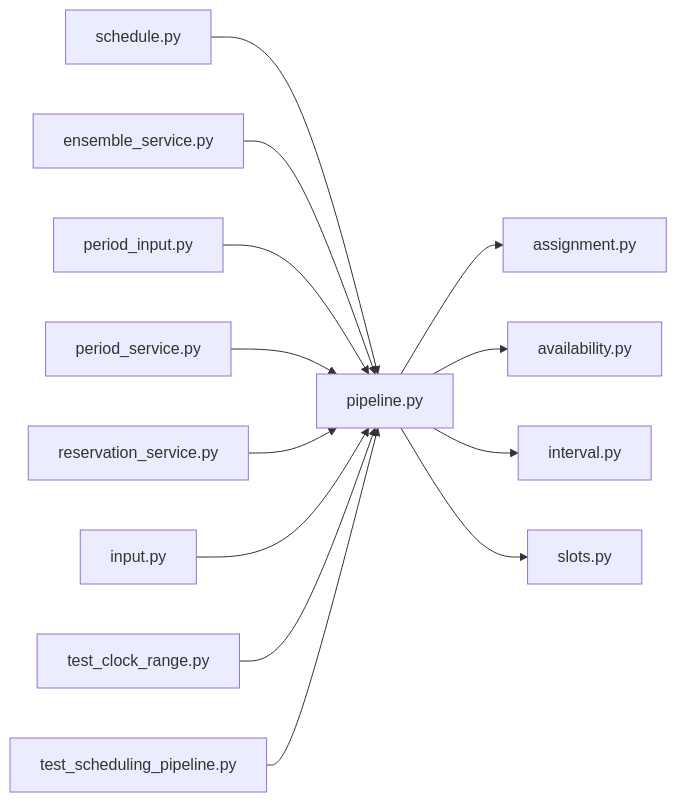
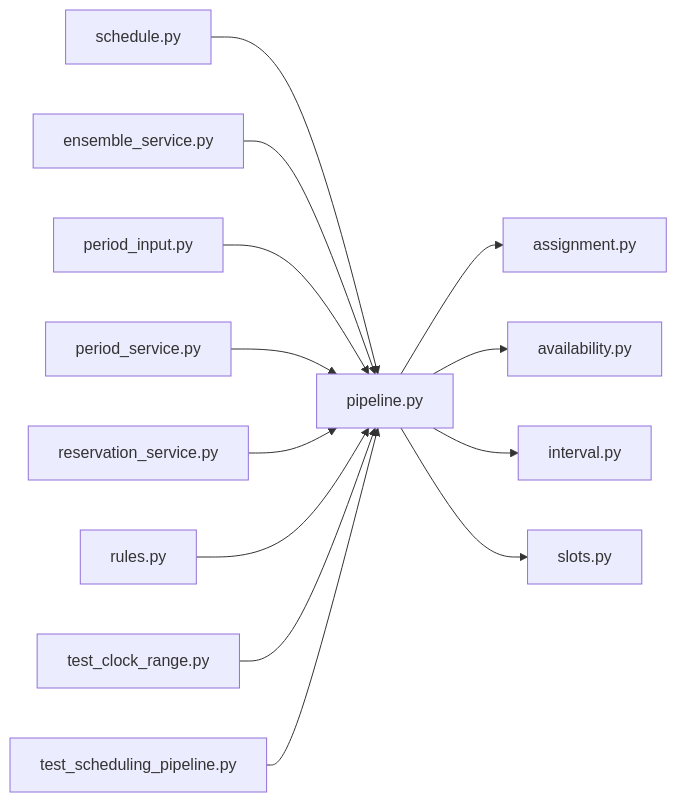
Before and after one commit to minkong-dev/Banblit: the diagram in .cluedoc/graph/backend/src/backend/scheduling/pipeline.md, drawn with Mermaid. The commit also changed other lines of this file and 75 other files, not shown here.

````diff
--- a/.cluedoc/graph/backend/src/backend/scheduling/pipeline.md
+++ b/.cluedoc/graph/backend/src/backend/scheduling/pipeline.md
@@ -10,16 +10,16 @@
 ```mermaid
 flowchart LR
   backend_src_backend_scheduling_pipeline["pipeline.py"]
   backend_src_backend_scheduling_pipeline --> backend_src_backend_scheduling_assignment["assignment.py"]
   backend_src_backend_scheduling_pipeline --> backend_src_backend_scheduling_availability["availability.py"]
   backend_src_backend_scheduling_pipeline --> backend_src_backend_scheduling_interval["interval.py"]
   backend_src_backend_scheduling_pipeline --> backend_src_backend_scheduling_slots["slots.py"]
   backend_src_backend_api_routers_schedule["schedule.py"] --> backend_src_backend_scheduling_pipeline
   backend_src_backend_services_period_ensemble_service["ensemble_service.py"] --> backend_src_backend_scheduling_pipeline
   backend_src_backend_services_period_period_input["period_input.py"] --> backend_src_backend_scheduling_pipeline
   backend_src_backend_services_period_period_service["period_service.py"] --> backend_src_backend_scheduling_pipeline
   backend_src_backend_services_reservation_reservation_service["reservation_service.py"] --> backend_src_backend_scheduling_pipeline
-  backend_src_backend_services_validation_input["input.py"] --> backend_src_backend_scheduling_pipeline
+  backend_src_backend_services_validation_rules["rules.py"] --> backend_src_backend_scheduling_pipeline
   backend_tests_unit_test_clock_range["test_clock_range.py"] --> backend_src_backend_scheduling_pipeline
   backend_tests_unit_test_scheduling_pipeline["test_scheduling_pipeline.py"] --> backend_src_backend_scheduling_pipeline
 ```
````
